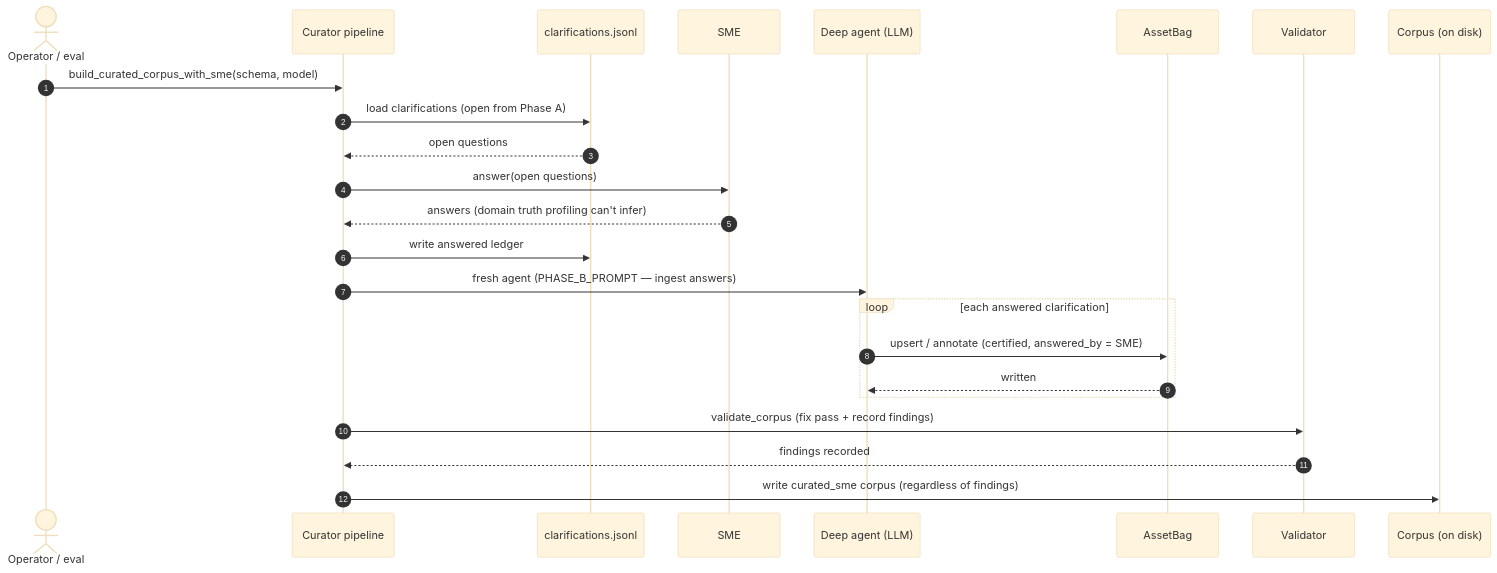
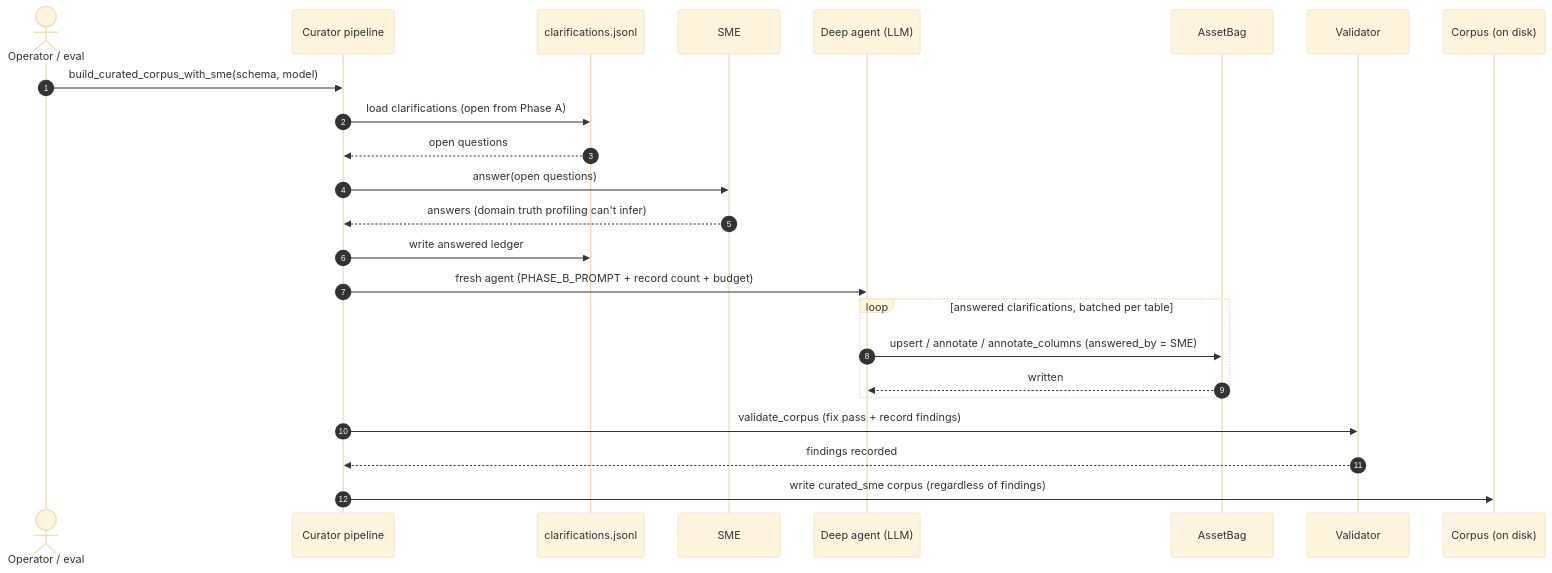
One commit to Minhao-Zhang/governed-bi changed the sixth of 6 diagrams in docs/curator-sequence.md. Above: the diagram before and after it, drawn with Mermaid (base theme). The commit also changed other lines of this file and 25 other files, not shown here.

First line of the commit message:
fix(curator): the step budget that cost 30 of 57 schemas, and the blindness that hid why

````diff
--- a/docs/curator-sequence.md
+++ b/docs/curator-sequence.md
@@ -179,27 +212,27 @@
 ```mermaid
 sequenceDiagram
     autonumber
     actor OP as Operator / eval
     participant P as Curator pipeline
     participant FS as clarifications.jsonl
     participant SME as SME
     participant AG as Deep agent (LLM)
     participant BAG as AssetBag
     participant VAL as Validator
     participant DISK as Corpus (on disk)
 
     OP->>P: build_curated_corpus_with_sme(schema, model)
     P->>FS: load clarifications (open from Phase A)
     FS-->>P: open questions
     P->>SME: answer(open questions)
     SME-->>P: answers (domain truth profiling can't infer)
     P->>FS: write answered ledger
-    P->>AG: fresh agent (PHASE_B_PROMPT — ingest answers)
-    loop each answered clarification
-        AG->>BAG: upsert / annotate (certified, answered_by = SME)
+    P->>AG: fresh agent (PHASE_B_PROMPT + record count + budget)
+    loop answered clarifications, batched per table
+        AG->>BAG: upsert / annotate / annotate_columns (answered_by = SME)
         BAG-->>AG: written
     end
     P->>VAL: validate_corpus (fix pass + record findings)
     VAL-->>P: findings recorded
     P->>DISK: write curated_sme corpus (regardless of findings)
 ```
````
